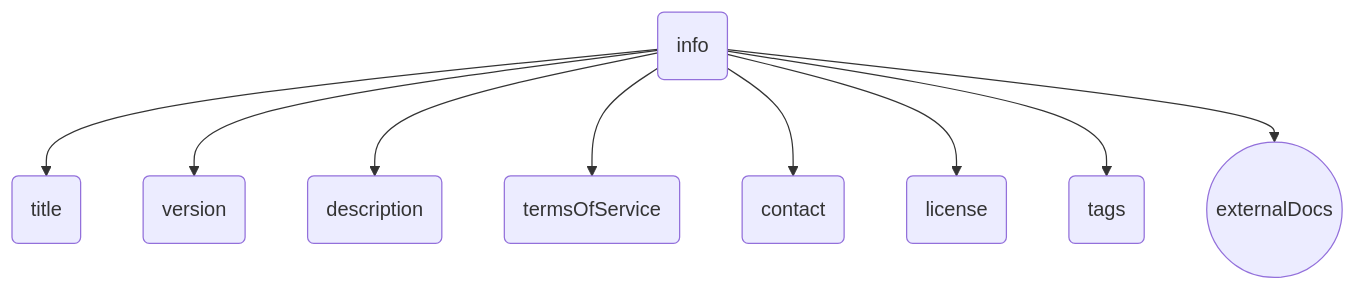
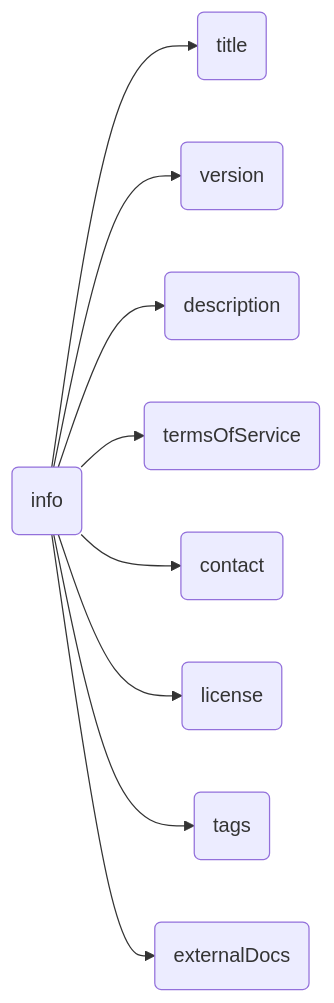
Before and after one commit to asyncapi/website: the second of 6 diagrams in pages/docs/concepts/asyncapi-document/structure.md, drawn with Mermaid. The commit also changed other lines of this file, not shown here.

````diff
--- a/pages/docs/concepts/asyncapi-document/structure.md
+++ b/pages/docs/concepts/asyncapi-document/structure.md
@@ -44,21 +44,21 @@
 ```mermaid
-graph
+graph LR
   B(info)
   C(title)
   D(version)
   E(description)
   F(termsOfService)
   G(contact)
   J(license)
   M(tags)
-  P((externalDocs))
+  P(externalDocs)
 
   B --> C
   B --> D
   B --> E
   B --> F
   B --> G
   B --> J
   B --> M
   B --> P
 ```
````
